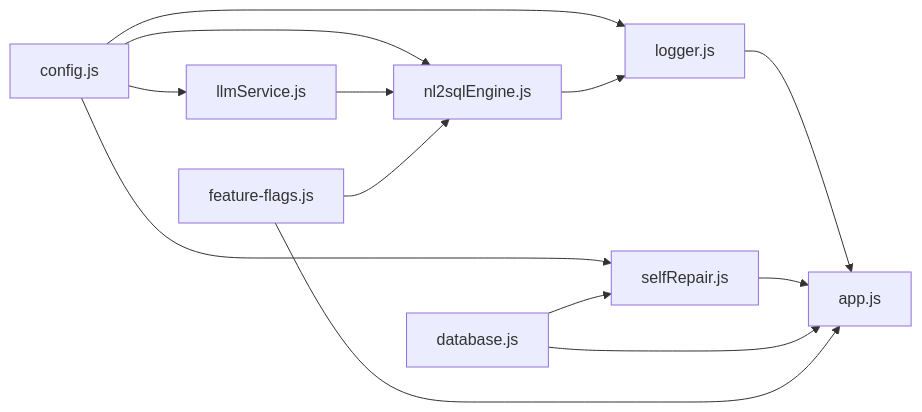
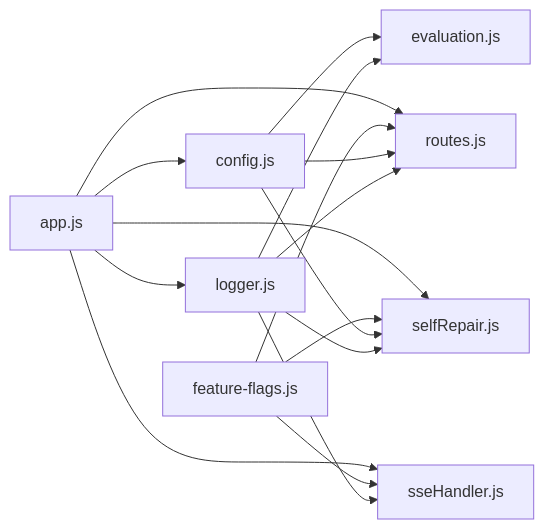
One commit to HanHuiOnLine/724-office changed the fifth of 5 diagrams in NL2SQL/.qoder/repowiki/zh/content/部署与运维/监控与日志.md. Above: the diagram before and after it, drawn with Mermaid. The commit also changed other lines of this file and 203 other files, not shown here.

````diff
--- a/NL2SQL/.qoder/repowiki/zh/content/部署与运维/监控与日志.md
+++ b/NL2SQL/.qoder/repowiki/zh/content/部署与运维/监控与日志.md
@@ -326,15 +304,18 @@
 ```mermaid
 graph LR
-CFG["config.js"] --> LOG["logger.js"]
-CFG --> SELF["selfRepair.js"]
-CFG --> LLM["llmService.js"]
-CFG --> NLENG["nl2sqlEngine.js"]
-LOG --> APP["app.js"]
-SELF --> APP
-DB["database.js"] --> SELF
-DB --> APP
-LLM --> NLENG
-NLENG --> LOG
-FLAGS["feature-flags.js"] --> APP
-FLAGS --> NLENG
+LOGGER["logger.js"] --> ROUTES["routes.js"]
+LOGGER --> SELFREPAIR["selfRepair.js"]
+LOGGER --> SSE["sseHandler.js"]
+LOGGER --> EVAL["evaluation.js"]
+CONFIG["config.js"] --> ROUTES
+CONFIG --> SELFREPAIR
+CONFIG --> EVAL
+FLAGS["feature-flags.js"] --> ROUTES
+FLAGS --> SELFREPAIR
+FLAGS --> SSE
+APP["app.js"] --> LOGGER
+APP --> CONFIG
+APP --> ROUTES
+APP --> SELFREPAIR
+APP --> SSE
 ```
````
